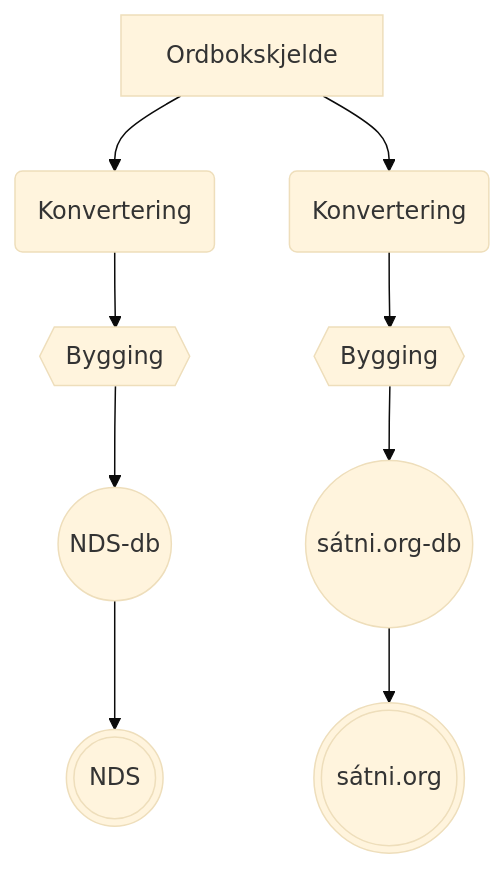
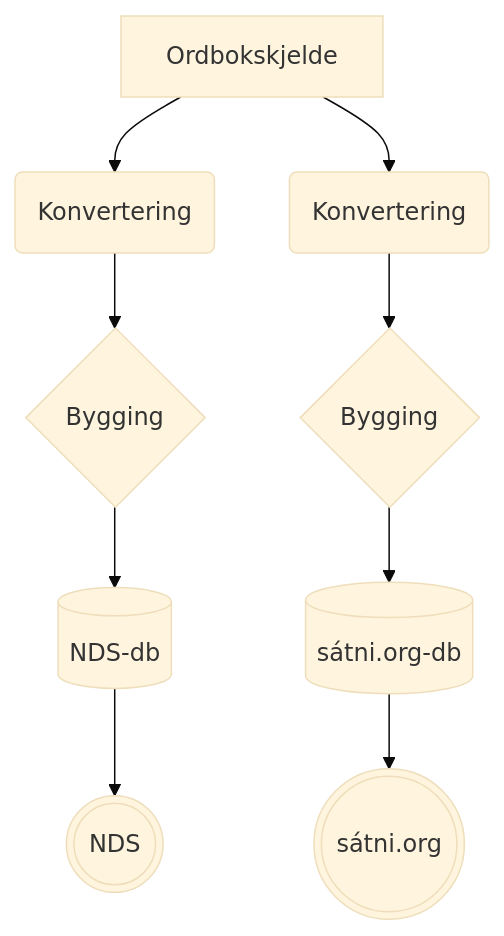
One commit to divvungiellatekno/giellalt.uit.no changed the first of 2 diagrams in admin/meetings/2023-10-25-infra.md. Above: the diagram before and after it, drawn with Mermaid (base theme). The commit also changed other lines of this file, not shown here.

Commit message:
Betre(?) format på Mermaid-diagramma

````diff
--- a/admin/meetings/2023-10-25-infra.md
+++ b/admin/meetings/2023-10-25-infra.md
@@ -88,5 +88,5 @@
 ```mermaid
 flowchart TD
-  A[Ordbokskjelde] --> B(Konvertering) --> C{{Bygging}} --> D((NDS-db)) --> E(((NDS)))
-  A[Ordbokskjelde] --> F(Konvertering) --> G{{Bygging}} --> H((sátni.org-db)) --> I(((sátni.org)))
+  A[Ordbokskjelde] --> B(Konvertering) --> C{Bygging} --> D[(NDS-db)] --> E(((NDS)))
+  A[Ordbokskjelde] --> F(Konvertering) --> G{Bygging} --> H[(sátni.org-db)] --> I(((sátni.org)))
 ```
````
